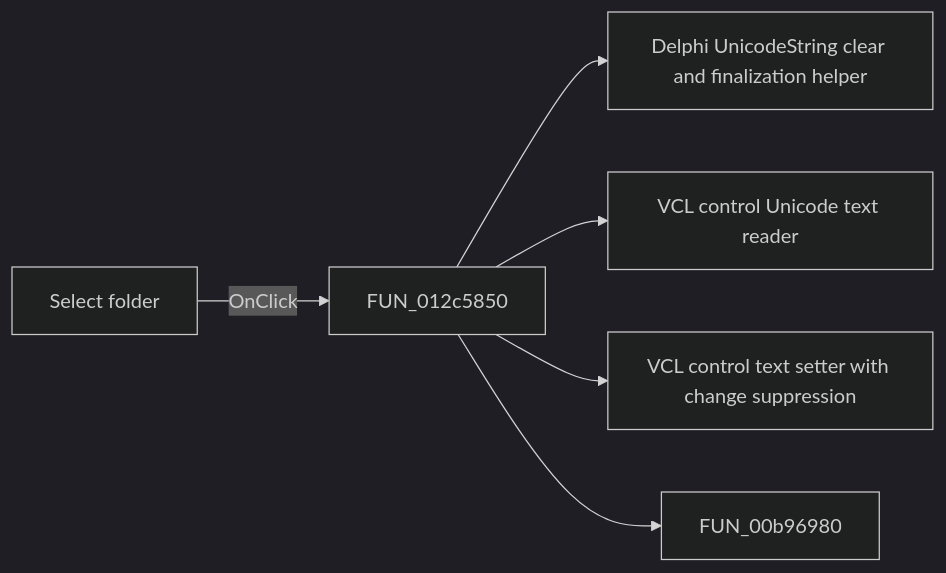
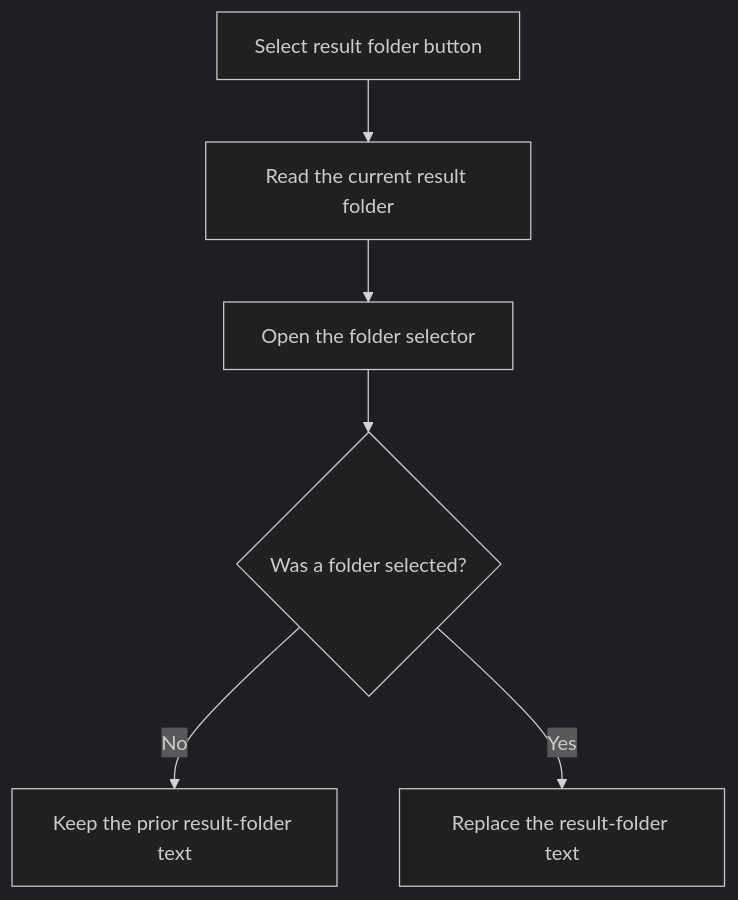
The diagram in docs/ui-controls/frmtestbencheditor/btnselectresultfolder-cbb1279c2b.md (MovGP0/TIARA), drawn with Mermaid (dark theme) before and after one commit. The commit also changed other lines of this file and 387 other files, not shown here.

````diff
--- a/docs/ui-controls/frmtestbencheditor/btnselectresultfolder-cbb1279c2b.md
+++ b/docs/ui-controls/frmtestbencheditor/btnselectresultfolder-cbb1279c2b.md
@@ -27,8 +19,8 @@
 ```mermaid
-flowchart LR
-    control["Select folder"] -->|OnClick| handler["FUN_012c5850"]
-    handler --> call1["Delphi UnicodeString clear and finalization helper"]
-    handler --> call2["VCL control Unicode text reader"]
-    handler --> call3["VCL control text setter with change suppression"]
-    handler --> call4["FUN_00b96980"]
+flowchart TD
+    control["Select result folder button"] --> current["Read the current result folder"]
+    current --> dialog["Open the folder selector"]
+    dialog --> accepted{"Was a folder selected?"}
+    accepted -->|No| keep["Keep the prior result-folder text"]
+    accepted -->|Yes| update["Replace the result-folder text"]
 ```
````
